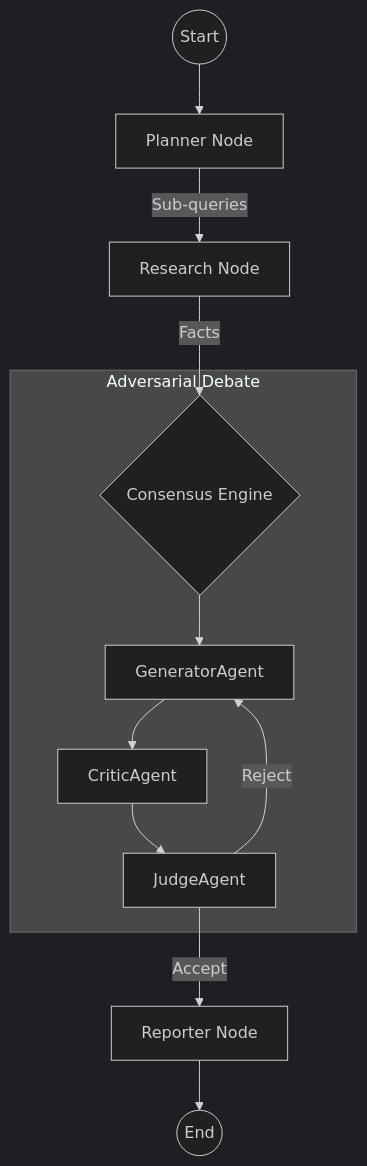
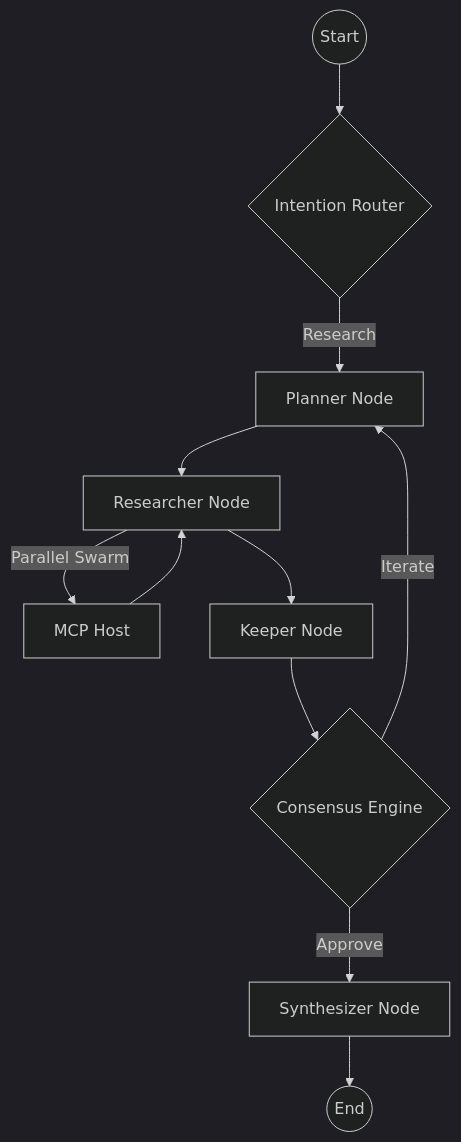
One commit to azzindani/Kea changed the diagram in services/orchestrator/README.md. Above: the diagram before and after it, drawn with Mermaid (dark theme). The commit also changed other lines of this file and 13 other files, not shown here.

````diff
--- a/services/orchestrator/README.md
+++ b/services/orchestrator/README.md
@@ -17,16 +30,13 @@
 ```mermaid
 graph TD
-    Start((Start)) --> Planner[Planner Node]
-    Planner -->|Sub-queries| Research[Research Node]
-    Research -->|Facts| Consensus{Consensus Engine}
-    
-    subgraph Adversarial Debate
-        Consensus --> Gen[GeneratorAgent]
-        Gen --> Critique[CriticAgent]
-        Critique --> Judgment[JudgeAgent]
-        Judgment -->|Reject| Gen
-    end
-    
-    Judgment -->|Accept| Report[Reporter Node]
-    Report --> End((End))
+    Start((Start)) --> Router{Intention Router}
+    Router -->|Research| Planner[Planner Node]
+    Planner --> Researcher[Researcher Node]
+    Researcher -->|Parallel Swarm| MCP[MCP Host]
+    MCP --> Researcher
+    Researcher --> Keeper[Keeper Node]
+    Keeper --> GCJ{Consensus Engine}
+    GCJ -->|Iterate| Planner
+    GCJ -->|Approve| Synthesizer[Synthesizer Node]
+    Synthesizer --> End((End))
 ```
````
